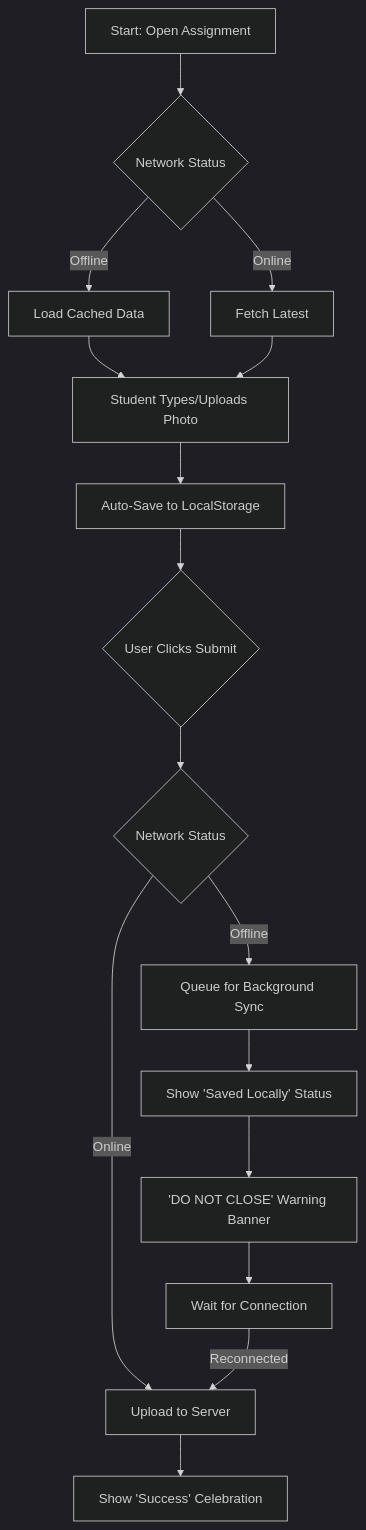
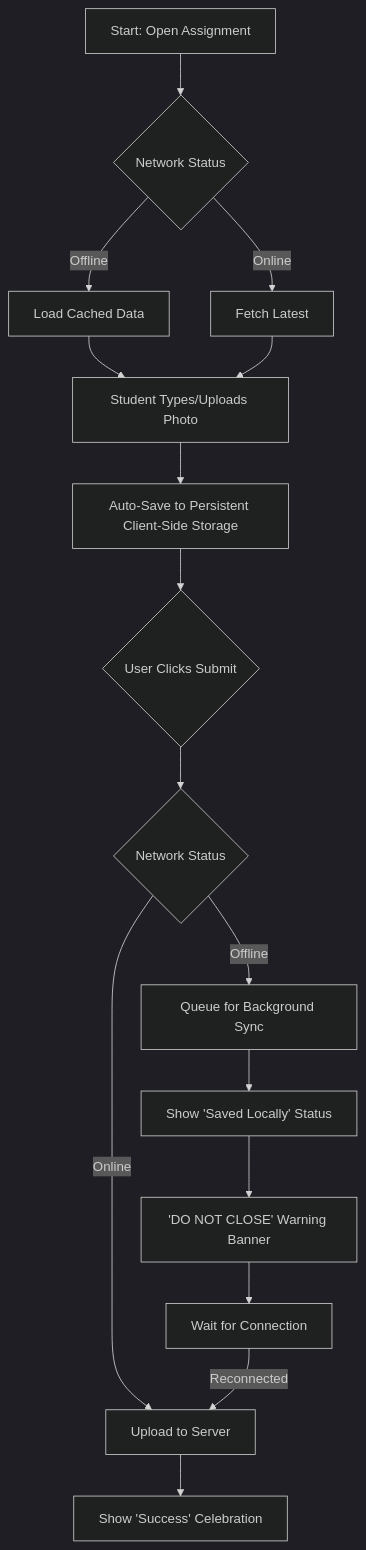
One commit to andukdahacker/classlite changed the second of 5 diagrams in _bmad-output/planning-artifacts/ux-design-specification.md. Above: the diagram before and after it, drawn with Mermaid (dark theme). The commit also changed other lines of this file and 5 other files, not shown here.

First line of the commit message:
docs: update ClassLite planning artifacts and information architecture

````diff
--- a/_bmad-output/planning-artifacts/ux-design-specification.md
+++ b/_bmad-output/planning-artifacts/ux-design-specification.md
@@ -255,22 +306,22 @@
 ```mermaid
 graph TD
     A[Start: Open Assignment] --> B{Network Status}
     B -- Offline --> C[Load Cached Data]
     B -- Online --> D[Fetch Latest]
-    
+
     C --> E[Student Types/Uploads Photo]
     D --> E
-    
-    E --> F[Auto-Save to LocalStorage]
+
+    E --> F[Auto-Save to Persistent Client-Side Storage]
     F --> G{User Clicks Submit}
-    
+
     G --> H{Network Status}
     H -- Online --> I[Upload to Server]
     H -- Offline --> J[Queue for Background Sync]
     J --> K[Show 'Saved Locally' Status]
     K --> L['DO NOT CLOSE' Warning Banner]
     L --> M[Wait for Connection]
     M -- Reconnected --> I
-    
+
     I --> N[Show 'Success' Celebration]
 ```
````
